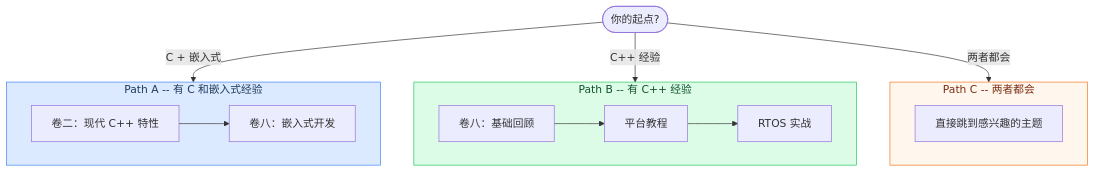
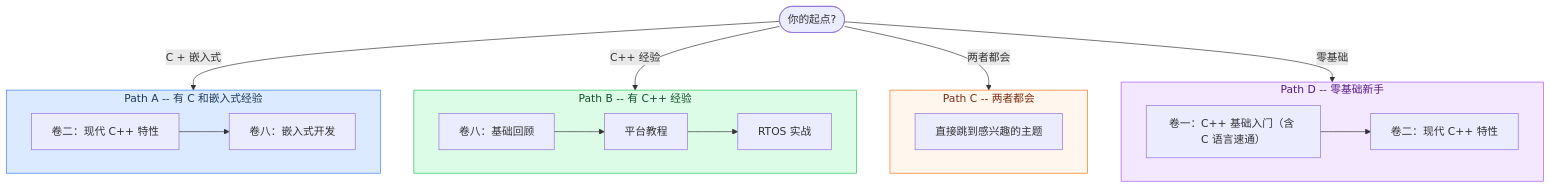
The second of 2 diagrams in README.md (Awesome-Embedded-Learning-Studio/Tutorial_AwesomeModernCPP), drawn with Mermaid before and after one commit. The commit also changed other lines of this file and 2 other files, not shown here.

````diff
--- a/README.md
+++ b/README.md
@@ -55,19 +55,24 @@
 ```mermaid
 flowchart TD
     subgraph PathA["Path A -- 有 C 和嵌入式经验"]
         A1["卷二：现代 C++ 特性"] --> A2["卷八：嵌入式开发"]
     end
     subgraph PathB["Path B -- 有 C++ 经验"]
         B1["卷八：基础回顾"] --> B2["平台教程"] --> B3["RTOS 实战"]
     end
     subgraph PathC["Path C -- 两者都会"]
         C1["直接跳到感兴趣的主题"]
     end
+    subgraph PathD["Path D -- 零基础新手"]
+        D1["卷一：C++ 基础入门（含 C 语言速通）"] --> D2["卷二：现代 C++ 特性"]
+    end
     Start(["你的起点?"]) -->|"C + 嵌入式"| PathA
     Start -->|"C++ 经验"| PathB
     Start -->|"两者都会"| PathC
+    Start -->|"零基础"| PathD
 
     style PathA fill:#dbeafe,stroke:#3b82f6,color:#1e3a5f
     style PathB fill:#dcfce7,stroke:#22c55e,color:#14532d
     style PathC fill:#fff7ed,stroke:#f97316,color:#7c2d12
+    style PathD fill:#f3e8ff,stroke:#a855f7,color:#581c87
 ```
````
